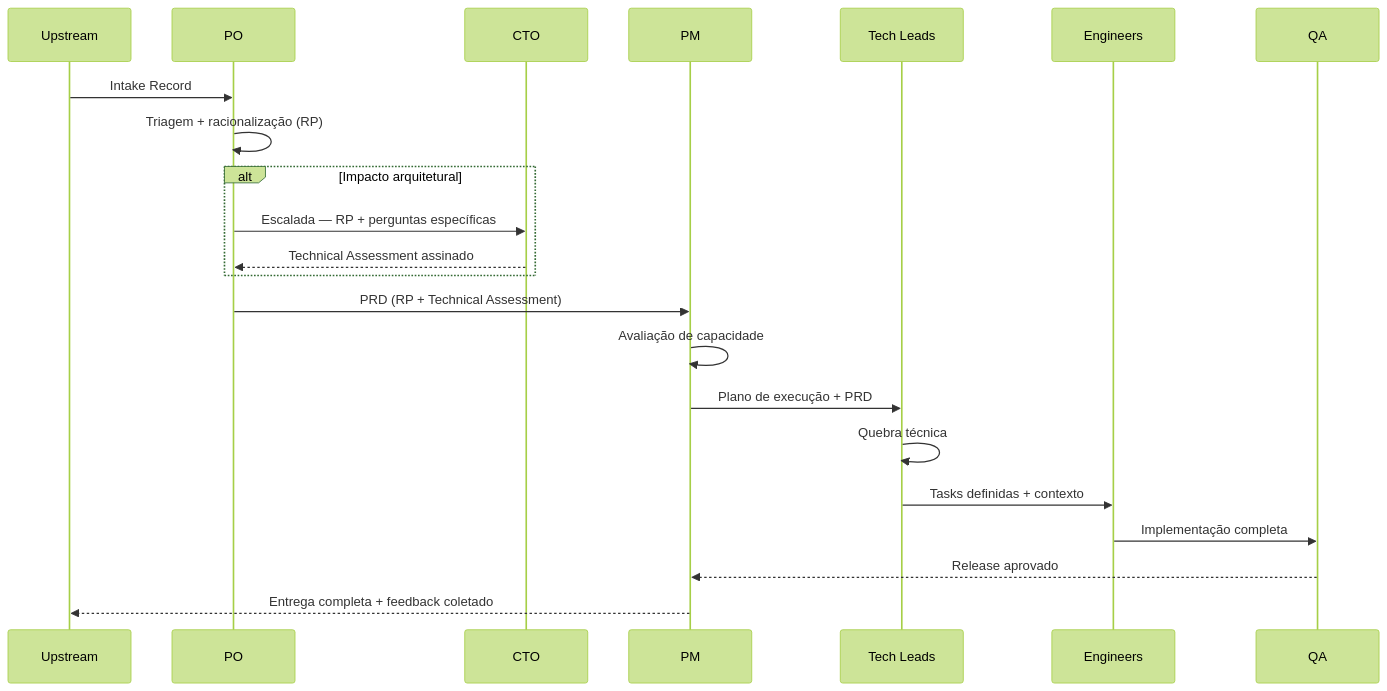
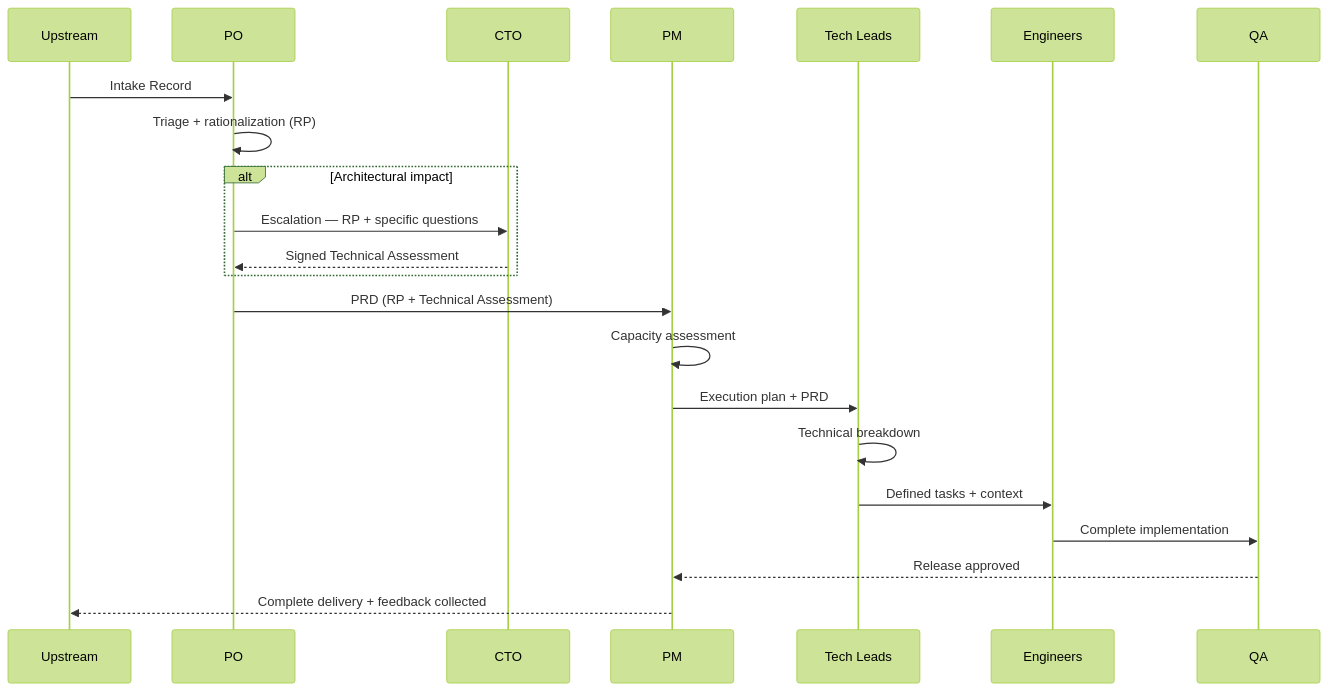
The eighth of 11 diagrams in README.md (hugo-hsbtech/teamwork-process), drawn with Mermaid (forest theme) before and after one commit. The commit also changed other lines of this file and 63 other files, not shown here.

````diff
--- a/README.md
+++ b/README.md
@@ -401,25 +401,25 @@
 ```mermaid
 sequenceDiagram
     participant UP as Upstream
     participant PO as PO
     participant CTO as CTO
     participant PM as PM
     participant TL as Tech Leads
     participant ENG as Engineers
     participant QA as QA
 
     UP->>PO: Intake Record
-    PO->>PO: Triagem + racionalização (RP)
-    alt Impacto arquitetural
-        PO->>CTO: Escalada — RP + perguntas específicas
-        CTO-->>PO: Technical Assessment assinado
+    PO->>PO: Triage + rationalization (RP)
+    alt Architectural impact
+        PO->>CTO: Escalation — RP + specific questions
+        CTO-->>PO: Signed Technical Assessment
     end
     PO->>PM: PRD (RP + Technical Assessment)
-    PM->>PM: Avaliação de capacidade
-    PM->>TL: Plano de execução + PRD
-    TL->>TL: Quebra técnica
-    TL->>ENG: Tasks definidas + contexto
-    ENG->>QA: Implementação completa
-    QA-->>PM: Release aprovado
-    PM-->>UP: Entrega completa + feedback coletado
+    PM->>PM: Capacity assessment
+    PM->>TL: Execution plan + PRD
+    TL->>TL: Technical breakdown
+    TL->>ENG: Defined tasks + context
+    ENG->>QA: Complete implementation
+    QA-->>PM: Release approved
+    PM-->>UP: Complete delivery + feedback collected
 ```
````
